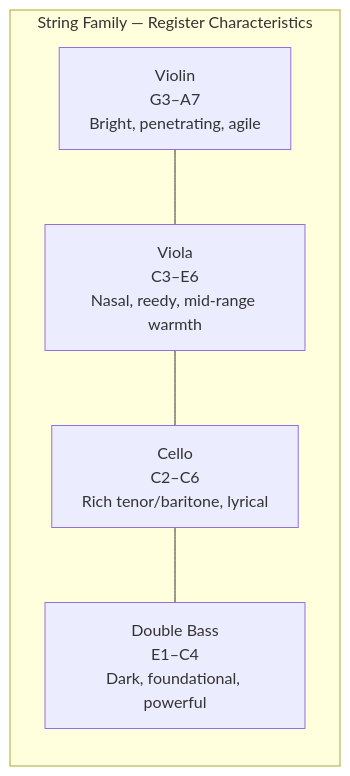
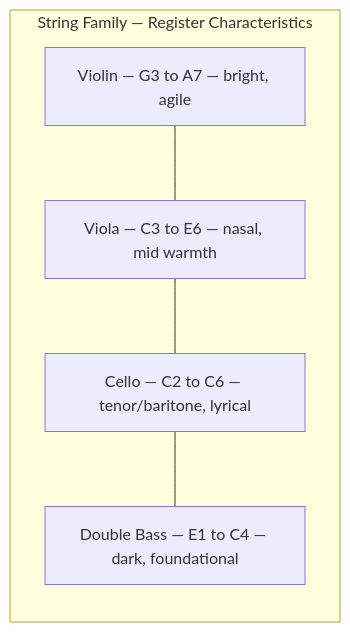
The second of 8 diagrams in topics/arts/composition/orchestration/lesson_03_instrument_specific_techniques.md (blebleblee/synapse), drawn with Mermaid before and after one commit. The commit also changed other lines of this file and 4 other files, not shown here.

````diff
--- a/topics/arts/composition/orchestration/lesson_03_instrument_specific_techniques.md
+++ b/topics/arts/composition/orchestration/lesson_03_instrument_specific_techniques.md
@@ -129,11 +134,10 @@
 ```mermaid
 graph LR
-    subgraph sub_string_family___register_charact ["String Family — Register Characteristics"]
-        V["Violin\nG3–A7\nBright, penetrating, agile"]
-        Va["Viola\nC3–E6\nNasal, reedy, mid-range warmth"]
-        Vc["Cello\nC2–C6\nRich tenor/baritone, lyrical"]
-        Cb["Double Bass\nE1–C4\nDark, foundational, powerful"]
+    subgraph sub_string_family_register ["String Family — Register Characteristics"]
+        V["Violin — G3 to A7 — bright, agile"]
+        Va["Viola — C3 to E6 — nasal, mid warmth"]
+        Vc["Cello — C2 to C6 — tenor/baritone, lyrical"]
+        Cb["Double Bass — E1 to C4 — dark, foundational"]
     end
-
     V --- Va --- Vc --- Cb
 ```
````
